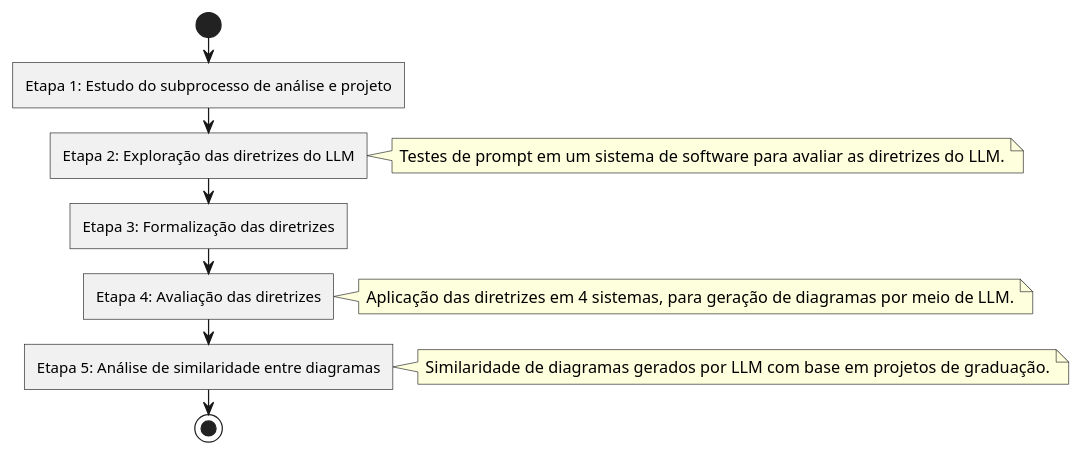
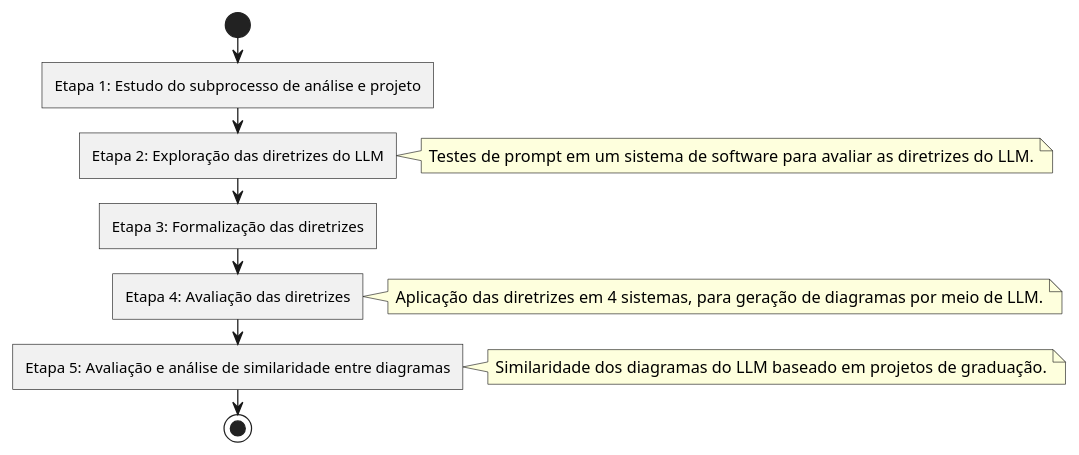
The diagram in EtapasMetodologia/diagAtividades-Metodologia.puml (carloshenriquehannas/TCC), drawn with PlantUML before and after one commit. The commit also changed 1 other file, not shown here.

```diff
--- a/EtapasMetodologia/diagAtividades-Metodologia.puml
+++ b/EtapasMetodologia/diagAtividades-Metodologia.puml
@@ -1,27 +1,27 @@
 @startuml diagAtividades - etapas
 <style>
 activityDiagram {
   activity {
     RoundCorner 0
   }
 }
 </style>
 skinparam Shadowing false
 
 start
 :Etapa 1: Estudo do subprocesso de análise e projeto;
 :Etapa 2: Exploração das diretrizes do LLM;
 note right
 Testes de prompt em um sistema de software para avaliar as diretrizes do LLM.
 end note
 :Etapa 3: Formalização das diretrizes;
 :Etapa 4: Avaliação das diretrizes;
 note right
 Aplicação das diretrizes em 4 sistemas, para geração de diagramas por meio de LLM.
 end note
-:Etapa 5: Análise de similaridade entre diagramas;
+:Etapa 5: Avaliação e análise de similaridade entre diagramas;
 note right
-Similaridade de diagramas gerados por LLM com base em projetos de graduação.
+Similaridade dos diagramas do LLM baseado em projetos de graduação.
 end note
 stop
 @enduml
```
